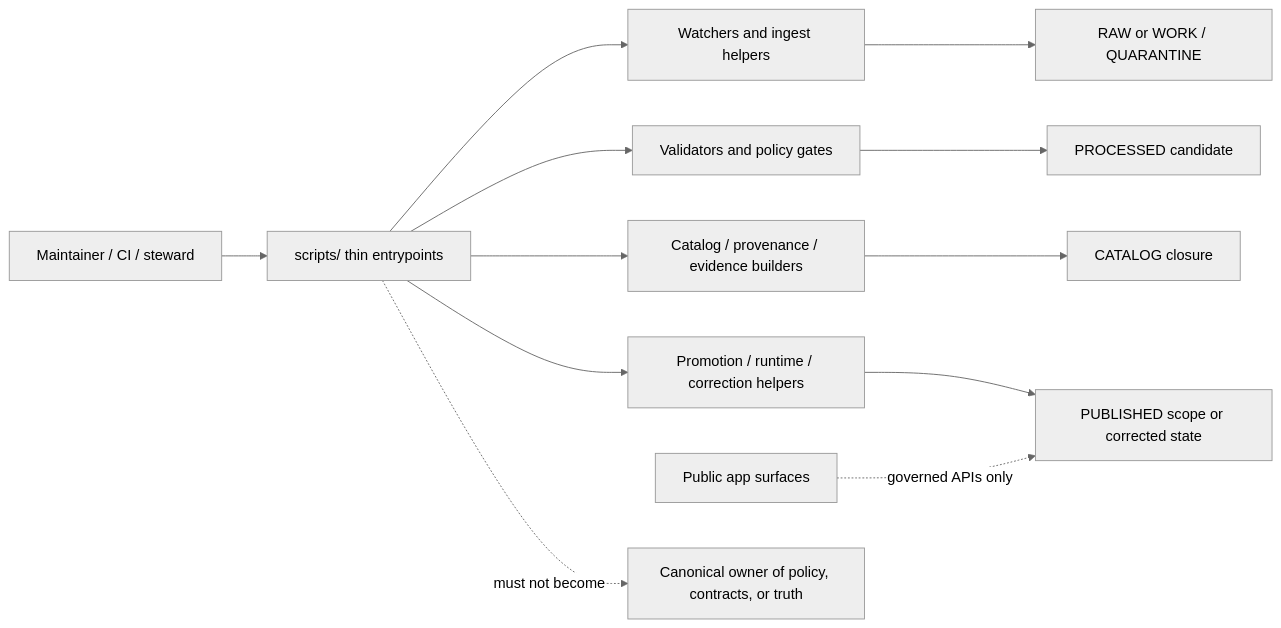
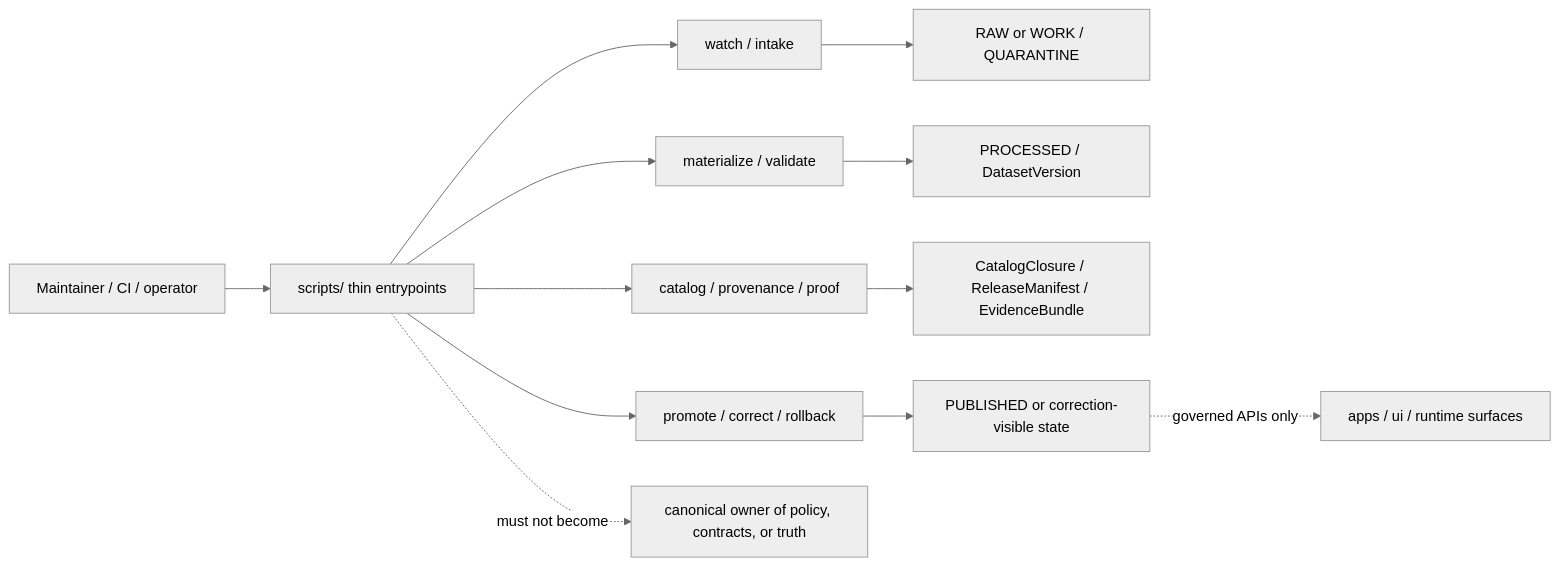
One commit to bartytime4life/Kansas-Frontier-Matrix changed the diagram in scripts/README.md. Above: the diagram before and after it, drawn with Mermaid (neutral theme). The commit also changed other lines of this file, not shown here.

````diff
--- a/scripts/README.md
+++ b/scripts/README.md
@@ -235,16 +278,17 @@
 ```mermaid
 flowchart LR
-    A[Maintainer / CI / steward] --> B[scripts/ thin entrypoints]
-    B --> C[Watchers and ingest helpers]
-    B --> D[Validators and policy gates]
-    B --> E[Catalog / provenance / evidence builders]
-    B --> F[Promotion / runtime / correction helpers]
+    A[Maintainer / CI / operator] --> B[scripts/ thin entrypoints]
+
+    B --> C[watch / intake]
+    B --> D[materialize / validate]
+    B --> E[catalog / provenance / proof]
+    B --> F[promote / correct / rollback]
 
     C --> G[RAW or WORK / QUARANTINE]
-    D --> H[PROCESSED candidate]
-    E --> I[CATALOG closure]
-    F --> J[PUBLISHED scope or corrected state]
+    D --> H[PROCESSED / DatasetVersion]
+    E --> I[CatalogClosure / ReleaseManifest / EvidenceBundle]
+    F --> J[PUBLISHED or correction-visible state]
 
-    K[Public app surfaces] -. governed APIs only .-> J
-    B -. must not become .-> L[Canonical owner of policy, contracts, or truth]
+    J -. governed APIs only .-> K[apps / ui / runtime surfaces]
+    B -. must not become .-> L[canonical owner of policy, contracts, or truth]
 ```
````
